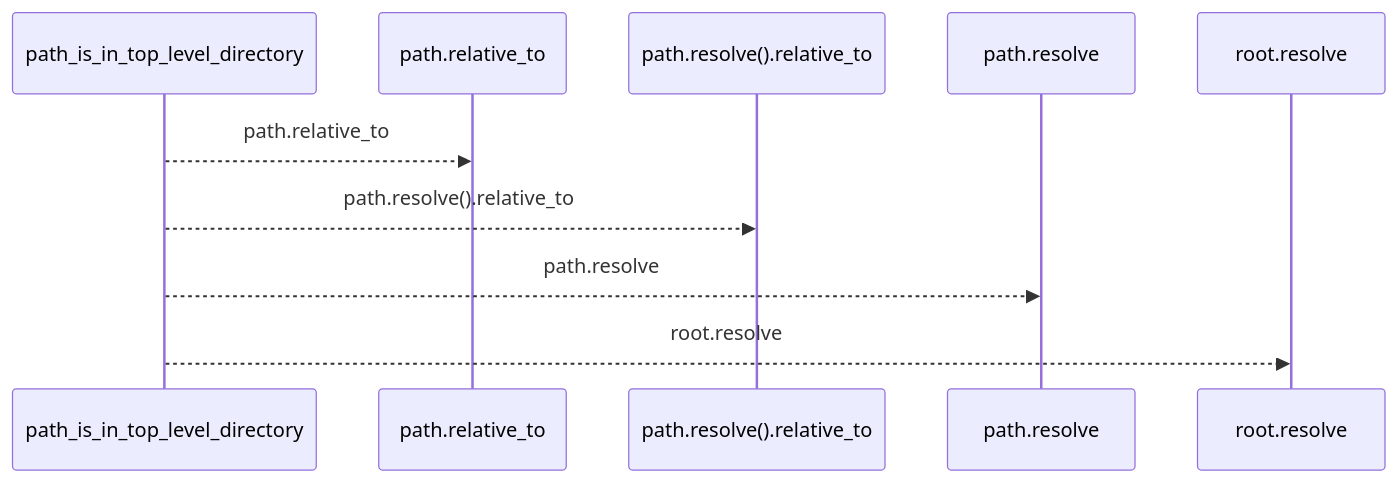
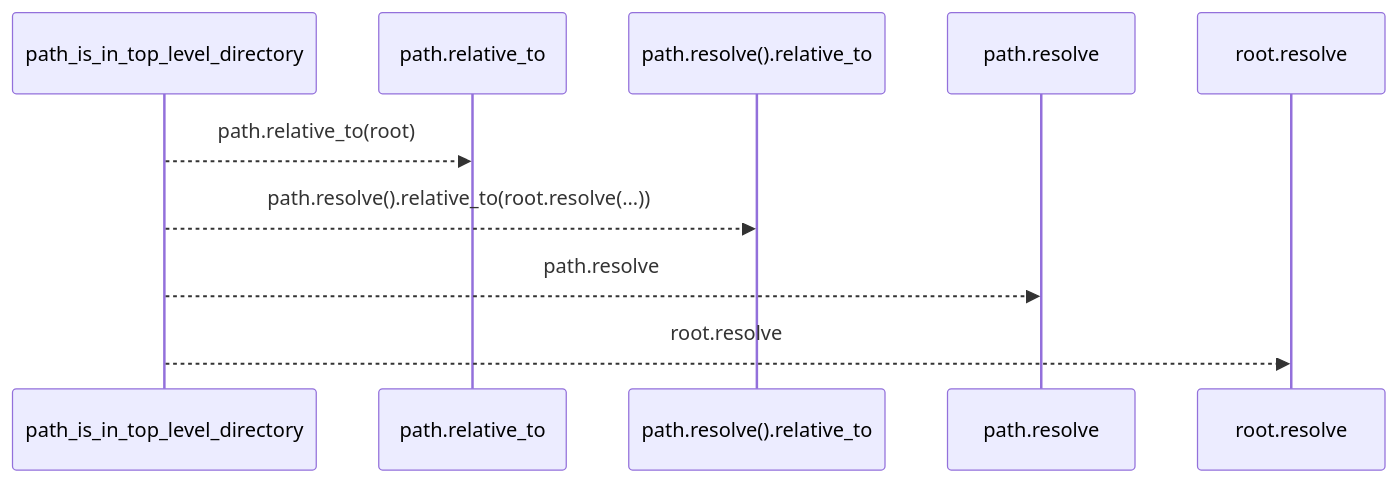
The first of 2 diagrams in docs/llm_wiki/flows/api-path_is_in_top_level_directory.md (Denissvgn/python-wiki-llm), drawn with Mermaid before and after one commit. The commit also changed other lines of this file and 1410 other files, not shown here.

````diff
--- a/docs/llm_wiki/flows/api-path_is_in_top_level_directory.md
+++ b/docs/llm_wiki/flows/api-path_is_in_top_level_directory.md
@@ -10,12 +12,12 @@
 ```mermaid
 sequenceDiagram
     participant p0 as path_is_in_top_level_directory
     participant p1 as path.relative_to
     participant p2 as path.resolve().relative_to
     participant p3 as path.resolve
     participant p4 as root.resolve
-    p0-->>p1: path.relative_to
-    p0-->>p2: path.resolve().relative_to
+    p0-->>p1: path.relative_to(root)
+    p0-->>p2: path.resolve().relative_to(root.resolve(...))
     p0-->>p3: path.resolve
     p0-->>p4: root.resolve
 ```
````
